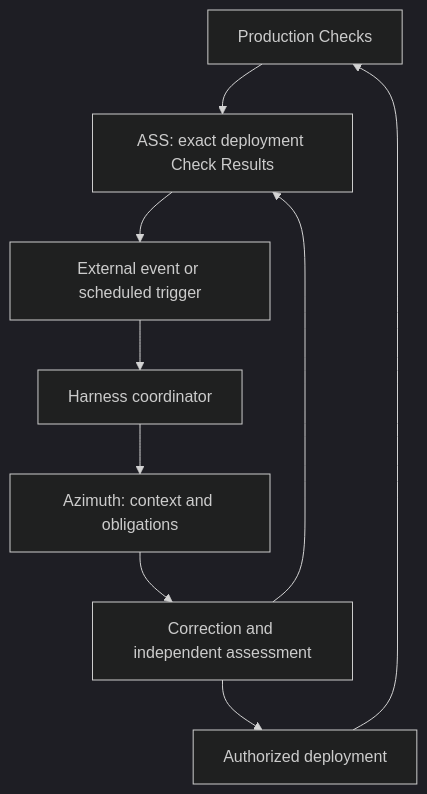
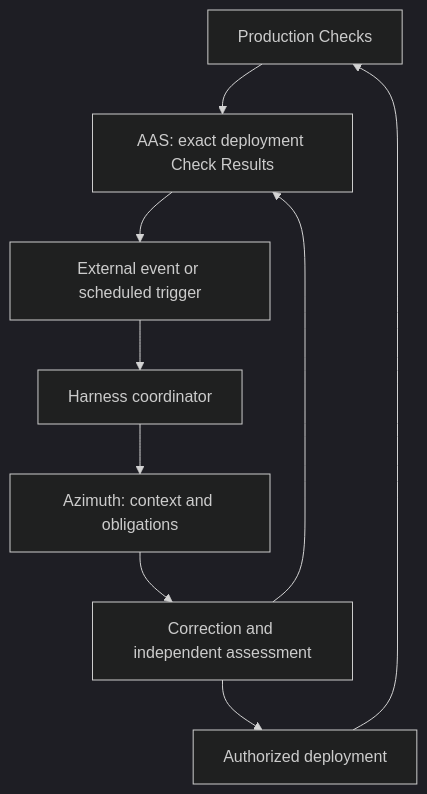
One commit to azimuth-sh/azimuth changed the diagram in docs/intended-architecture.md. Above: the diagram before and after it, drawn with Mermaid (dark theme). The commit also changed other lines of this file and 111 other files, not shown here.

````diff
--- a/docs/intended-architecture.md
+++ b/docs/intended-architecture.md
@@ -86,11 +86,11 @@
 ```mermaid
 flowchart TD
-    P[Production Checks] --> A[ASS: exact deployment Check Results]
+    P[Production Checks] --> A[AAS: exact deployment Check Results]
     A --> T[External event or scheduled trigger]
     T --> H[Harness coordinator]
     H --> Z[Azimuth: context and obligations]
     Z --> C[Correction and independent assessment]
     C --> D[Authorized deployment]
     D --> P
     C --> A
 ```
````
